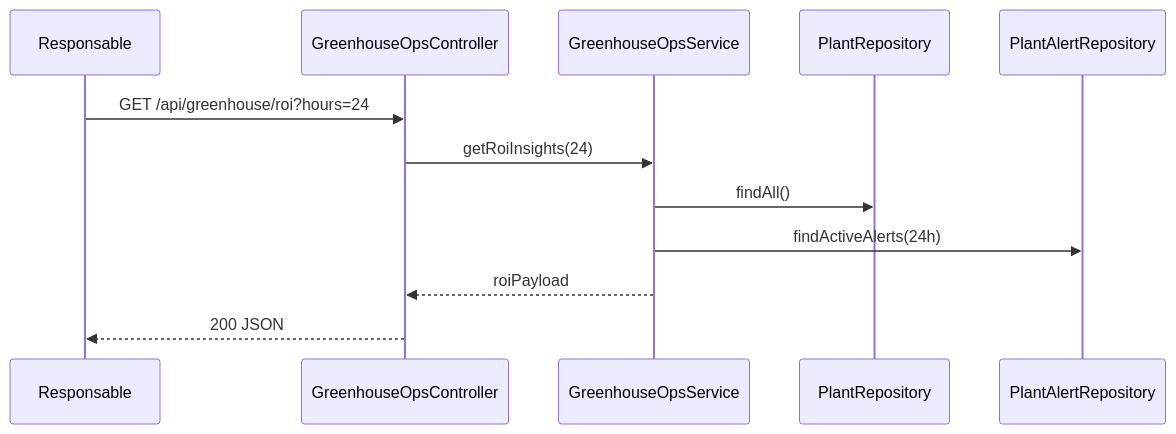
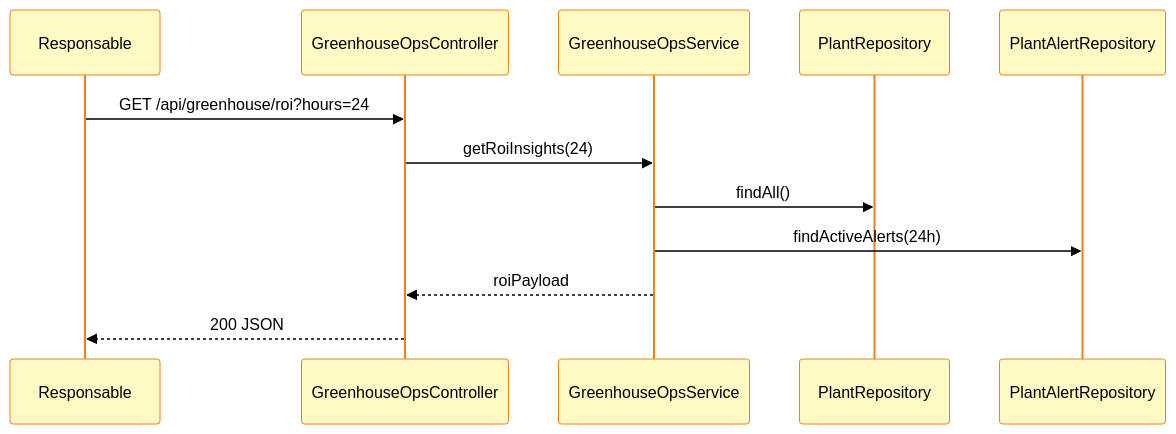
The fifth of 10 diagrams in docs/index.md (fasai444/GreenDesk), drawn with Mermaid before and after one commit. The commit also changed other lines of this file and 6 other files, not shown here.

````diff
--- a/docs/index.md
+++ b/docs/index.md
@@ -366,15 +419,16 @@
 ```mermaid
+%%{init: {'theme':'base', 'themeVariables': { 'primaryColor':'#fff9c4','primaryTextColor':'#000','primaryBorderColor':'#f57f17','lineColor':'#f57f17','secondaryColor':'#bbdefb','tertiaryColor':'#b2dfdb','noteBkgColor':'#fff3cd','noteTextColor':'#000'}}}%%
 sequenceDiagram
-	participant manager as Responsable
-	participant controller as GreenhouseOpsController
-	participant service as GreenhouseOpsService
-	participant plantRepo as PlantRepository
-	participant alertRepo as PlantAlertRepository
+    participant manager as Responsable
+    participant controller as GreenhouseOpsController
+    participant service as GreenhouseOpsService
+    participant plantRepo as PlantRepository
+    participant alertRepo as PlantAlertRepository
 
-	manager->>controller: GET /api/greenhouse/roi?hours=24
-	controller->>service: getRoiInsights(24)
-	service->>plantRepo: findAll()
-	service->>alertRepo: findActiveAlerts(24h)
-	service-->>controller: roiPayload
-	controller-->>manager: 200 JSON
+    manager->>controller: GET /api/greenhouse/roi?hours=24
+    controller->>service: getRoiInsights(24)
+    service->>plantRepo: findAll()
+    service->>alertRepo: findActiveAlerts(24h)
+    service-->>controller: roiPayload
+    controller-->>manager: 200 JSON
 ```
````
